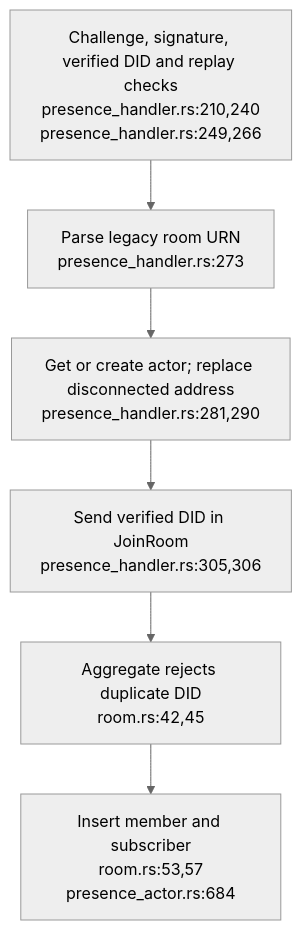
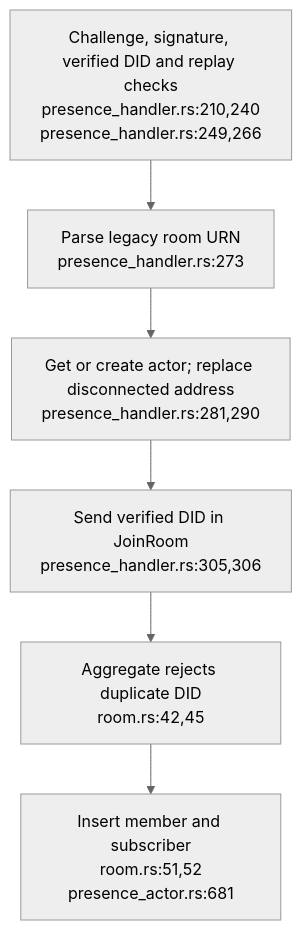
The first of 3 diagrams in docs/diagrams/visionclaw/49-room-admission.md (DreamLab-AI/VisionFlow), drawn with Mermaid (neutral theme) before and after one commit. The commit also changed other lines of this file and 173 other files, not shown here.

````diff
--- a/docs/diagrams/visionclaw/49-room-admission.md
+++ b/docs/diagrams/visionclaw/49-room-admission.md
@@ -30,8 +30,8 @@
 ```mermaid
 flowchart TD
     ID["Challenge, signature, verified DID and replay checks<br/>presence_handler.rs:210,240<br/>presence_handler.rs:249,266"] --> PARSE["Parse legacy room URN<br/>presence_handler.rs:273"]
     PARSE --> REG["Get or create actor; replace disconnected address<br/>presence_handler.rs:281,290"]
     REG --> JOIN["Send verified DID in JoinRoom<br/>presence_handler.rs:305,306"]
     JOIN --> DUP["Aggregate rejects duplicate DID<br/>room.rs:42,45"]
-    DUP --> MEMBERS["Insert member and subscriber<br/>room.rs:53,57<br/>presence_actor.rs:684"]
+    DUP --> MEMBERS["Insert member and subscriber<br/>room.rs:51,52<br/>presence_actor.rs:681"]
 ```
````
